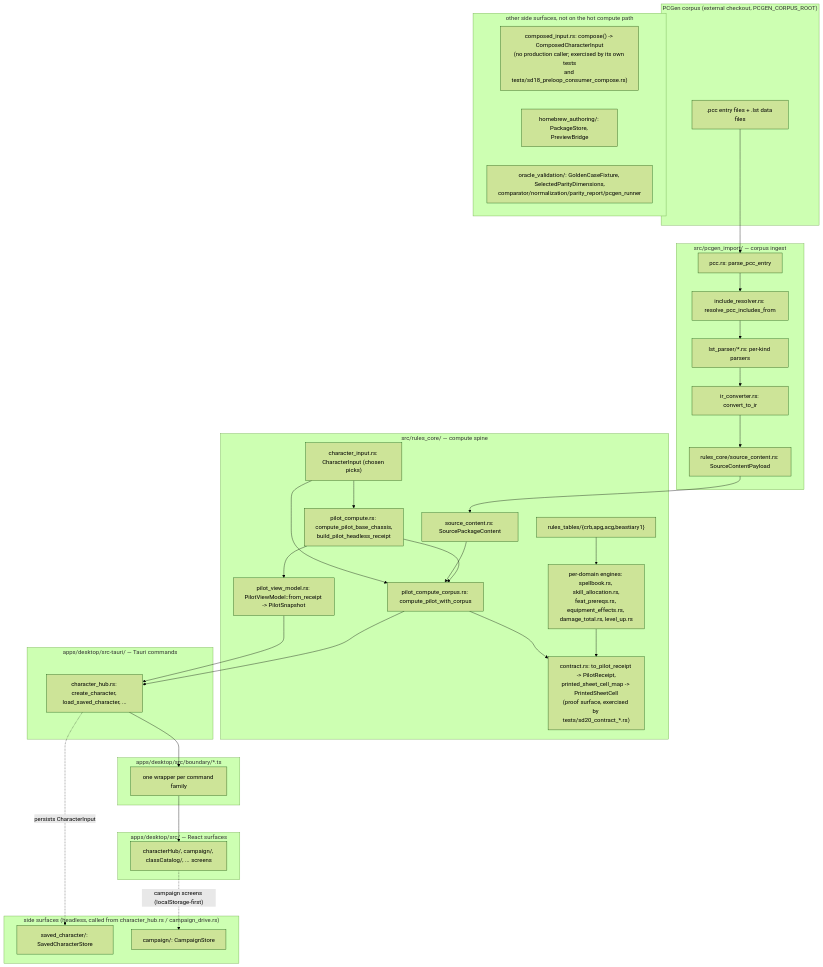
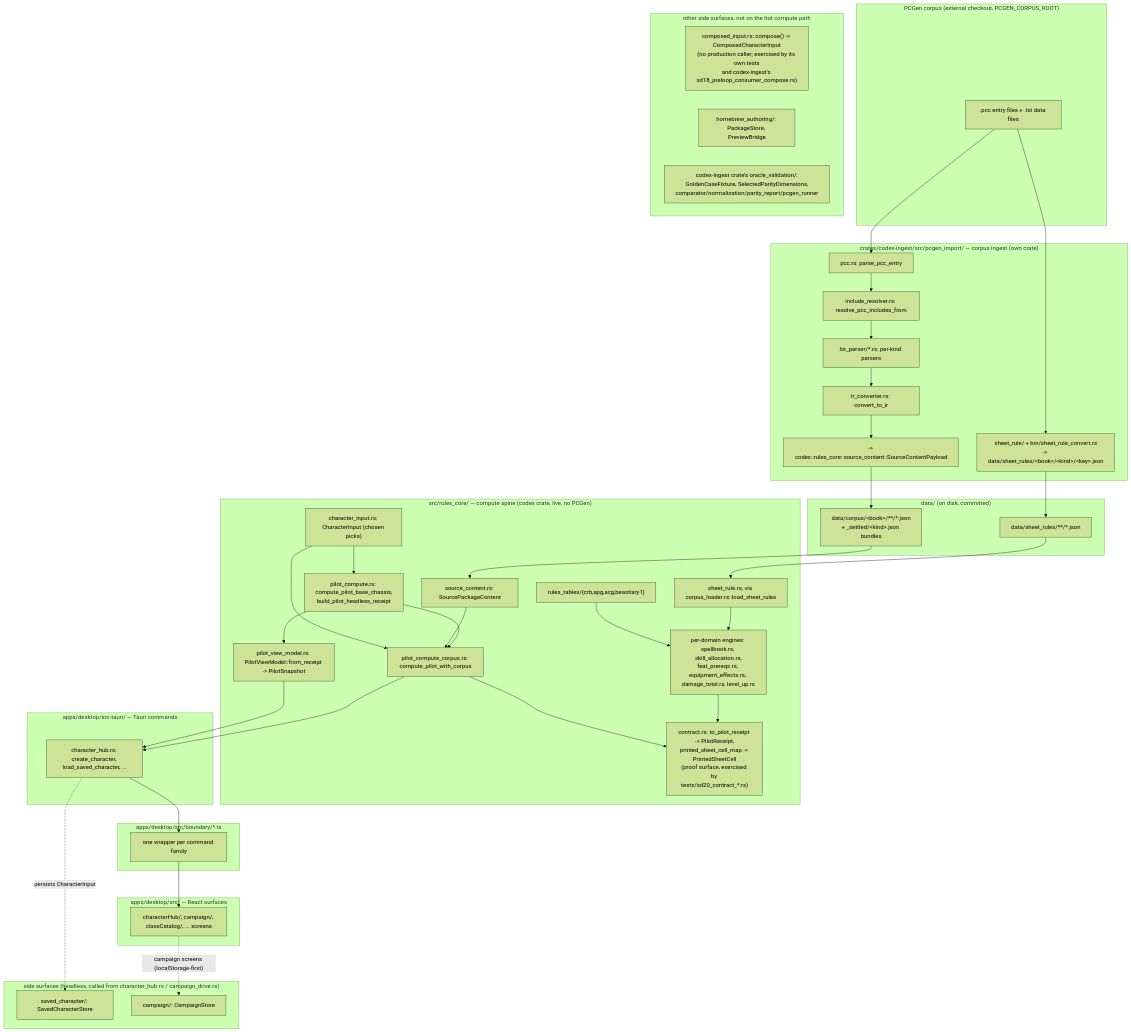
Before and after one commit to electricm0nk/codex: the third of 3 diagrams in docs/architecture/overview.md, drawn with Mermaid (forest theme). The commit also changed other lines of this file and 14 other files, not shown here.

First line of the commit message:
docs(sd36,epic-d): complete architecture docs rewrite — structure, naming standards, testing philosophy, Mermaid diagrams, new-developer path

````diff
--- a/docs/architecture/overview.md
+++ b/docs/architecture/overview.md
@@ -102,63 +209,74 @@
 ```mermaid
 flowchart TD
     subgraph corpus["PCGen corpus (external checkout, PCGEN_CORPUS_ROOT)"]
         PCC[".pcc entry files + .lst data files"]
     end
 
-    subgraph ingest["src/pcgen_import/ — corpus ingest"]
+    subgraph ingestcrate["crates/codex-ingest/src/pcgen_import/ — corpus ingest (own crate)"]
         PCCRS["pcc.rs: parse_pcc_entry"]
         INC["include_resolver.rs: resolve_pcc_includes_from"]
         LST["lst_parser/*.rs: per-kind parsers"]
         IRC["ir_converter.rs: convert_to_ir"]
-        SCP["rules_core/source_content.rs: SourceContentPayload"]
+        SCP["-> codex::rules_core::source_content::SourceContentPayload"]
+        SRC["sheet_rule/ + bin/sheet_rule_convert.rs\n-> data/sheet_rules/&lt;book&gt;/&lt;kind&gt;/&lt;key&gt;.json"]
     end
 
-    subgraph rulescore["src/rules_core/ — compute spine"]
+    subgraph diskdata["data/ (on disk, committed)"]
+        DCORPUS["data/corpus/&lt;book&gt;/**/*.json\n+ _settled/&lt;kind&gt;.json bundles"]
+        DSHEET["data/sheet_rules/**/*.json"]
+    end
+
+    subgraph rulescore["src/rules_core/ — compute spine (codex crate, live, no PCGen)"]
         SC["source_content.rs: SourcePackageContent"]
         CI["character_input.rs: CharacterInput (chosen picks)"]
         PC["pilot_compute.rs: compute_pilot_base_chassis,\nbuild_pilot_headless_receipt"]
         PCC2["pilot_compute_corpus.rs: compute_pilot_with_corpus"]
         VM["pilot_view_model.rs: PilotViewModel::from_receipt -> PilotSnapshot"]
         DOMAIN["per-domain engines: spellbook.rs, skill_allocation.rs,\nfeat_prereqs.rs, equipment_effects.rs, damage_total.rs, level_up.rs"]
         TABLES["rules_tables/{crb,apg,acg,beastiary1}"]
+        SHEETRULE["sheet_rule.rs, via corpus_loader.rs::load_sheet_rules"]
         CONTRACT["contract.rs: to_pilot_receipt -> PilotReceipt,\nprinted_sheet_cell_map -> PrintedSheetCell\n(proof surface, exercised by tests/sd20_contract_*.rs)"]
     end
 
     subgraph tauri["apps/desktop/src-tauri/ — Tauri commands"]
         CH["character_hub.rs: create_character, load_saved_character, ..."]
     end
 
     subgraph boundary["apps/desktop/src/boundary/*.ts"]
         BND["one wrapper per command family"]
     end
 
     subgraph react["apps/desktop/src/ — React surfaces"]
         UI["characterHub/, campaign/, classCatalog/, ... screens"]
     end
 
-    PCC --> PCCRS --> INC --> LST --> IRC --> SCP --> SC
+    PCC --> PCCRS --> INC --> LST --> IRC --> SCP --> DCORPUS
+    PCC --> SRC --> DSHEET
+    DCORPUS --> SC
+    DSHEET --> SHEETRULE
     CI --> PC
     CI --> PCC2
     SC --> PCC2
     PC --> PCC2
     TABLES --> DOMAIN
+    SHEETRULE --> DOMAIN
     PCC2 --> CONTRACT
     DOMAIN --> CONTRACT
     PC --> VM
     VM --> CH
     PCC2 --> CH
     CH --> BND --> UI
 
     subgraph persist["side surfaces (headless, called from character_hub.rs / campaign_drive.rs)"]
         SAVED["saved_character/: SavedCharacterStore"]
         CAMP["campaign/: CampaignStore"]
     end
     CH -.persists CharacterInput.-> SAVED
     UI -.campaign screens (localStorage-first).-> CAMP
 
     subgraph side["other side surfaces, not on the hot compute path"]
-        COMP["composed_input.rs: compose() -> ComposedCharacterInput\n(no production caller; exercised by its own tests\nand tests/sd18_preloop_consumer_compose.rs)"]
+        COMP["composed_input.rs: compose() -> ComposedCharacterInput\n(no production caller; exercised by its own tests\nand codex-ingest's sd18_preloop_consumer_compose.rs)"]
         HB["homebrew_authoring/: PackageStore, PreviewBridge"]
-        OV["oracle_validation/: GoldenCaseFixture, SelectedParityDimensions,\ncomparator/normalization/parity_report/pcgen_runner"]
+        OV["codex-ingest crate's oracle_validation/:\nGoldenCaseFixture, SelectedParityDimensions,\ncomparator/normalization/parity_report/pcgen_runner"]
     end
 ```
````
